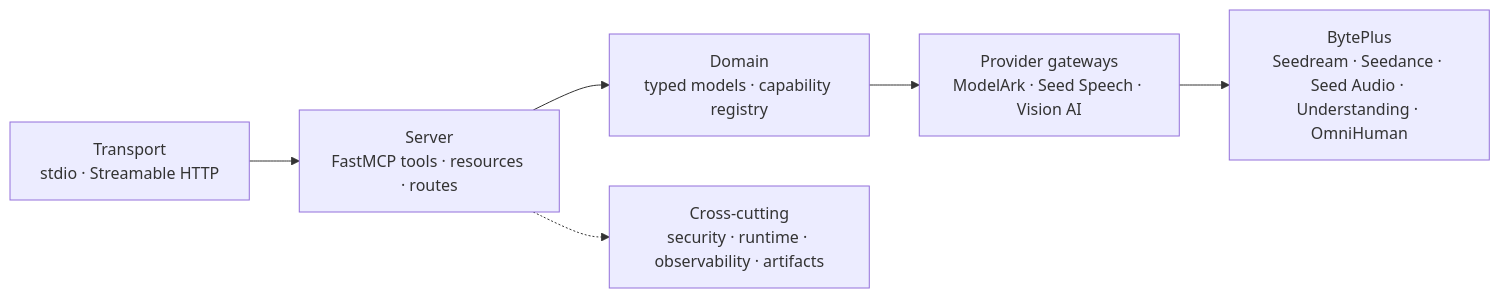
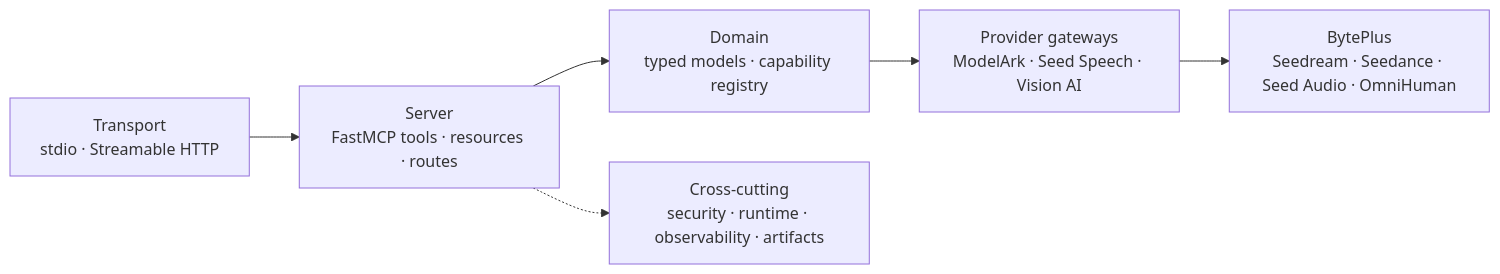
The second of 3 diagrams in README.md (byteplus-sa/seed-mcp), drawn with Mermaid before and after one commit. The commit also changed other lines of this file and 274 other files, not shown here.

````diff
--- a/README.md
+++ b/README.md
@@ -207,8 +210,8 @@
 ```mermaid
 flowchart LR
   L1["Transport<br/>stdio · Streamable HTTP"] --> L2["Server<br/>FastMCP tools · resources · routes"]
   L2 --> L3["Domain<br/>typed models · capability registry"]
   L3 --> L4["Provider gateways<br/>ModelArk · Seed Speech · Vision AI"]
-  L4 --> L5["BytePlus<br/>Seedream · Seedance · Seed Audio · Understanding · OmniHuman"]
+  L4 --> L5["BytePlus<br/>Seedream · Seedance · Seed Audio · OmniHuman"]
   L2 -.-> X["Cross-cutting<br/>security · runtime · observability · artifacts"]
 ```
````
